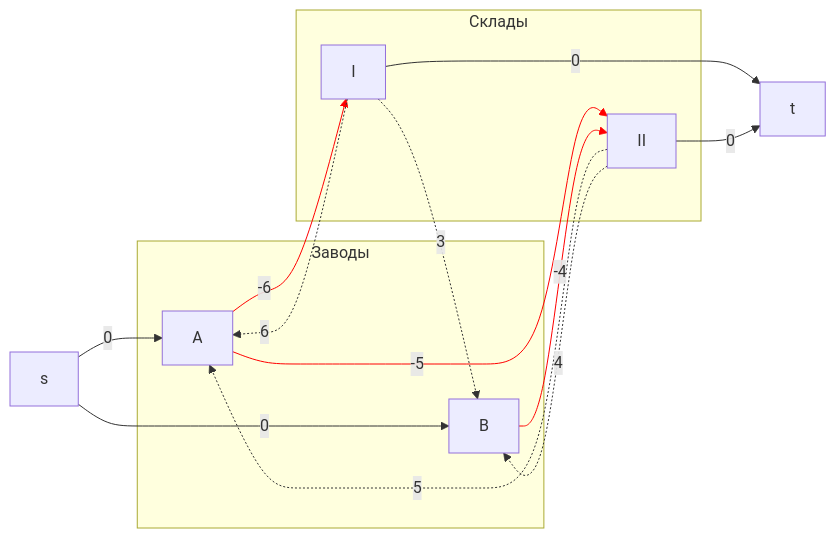
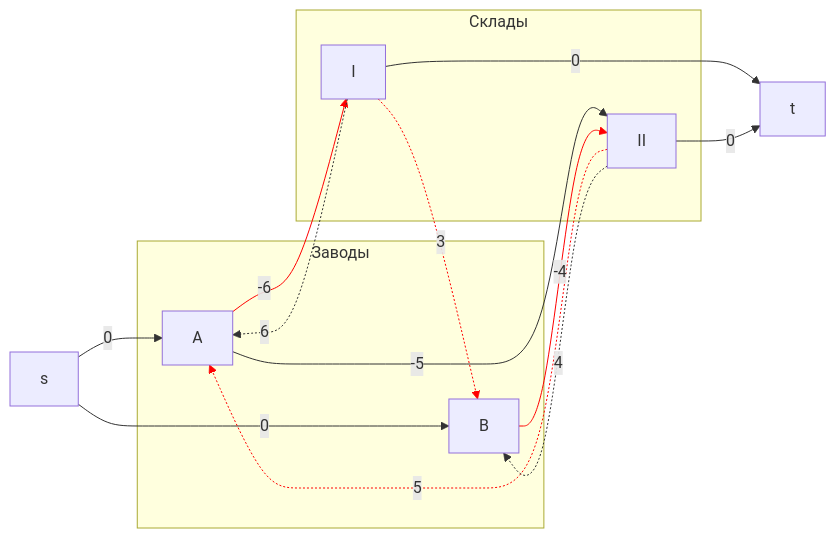
Before and after one commit to hse-algo-24-owl/manual-tasks-owl: the fourth of 10 diagrams in task-14/mikhailkrug.md, drawn with Mermaid.

````diff
--- a/task-14/mikhailkrug.md
+++ b/task-14/mikhailkrug.md
@@ -72,27 +72,28 @@
 ```mermaid
 graph LR
     subgraph "Заводы"
         A[A]
         B[B]
 
     end
     subgraph "Склады"
         I[I]
         II[II]
 
     end
     s --> |0|A
     s --> |0|B
     A --> |-6|I
     A --> |-5|II
     B --> |-4|II
     I -.-> |6|A
     I -.-> |3|B
     II -.->|5|A
     II -.->|4|B
     I --> |0|t
     II --> |0|t
 linkStyle 2 stroke:red;
-linkStyle 3 stroke:red;
+linkStyle 6 stroke:red;
 linkStyle 4 stroke:red;
+linkStyle 7 stroke:red;
 ```
````
